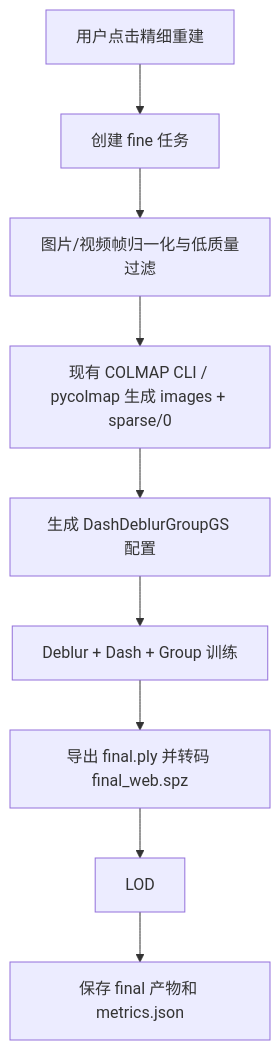
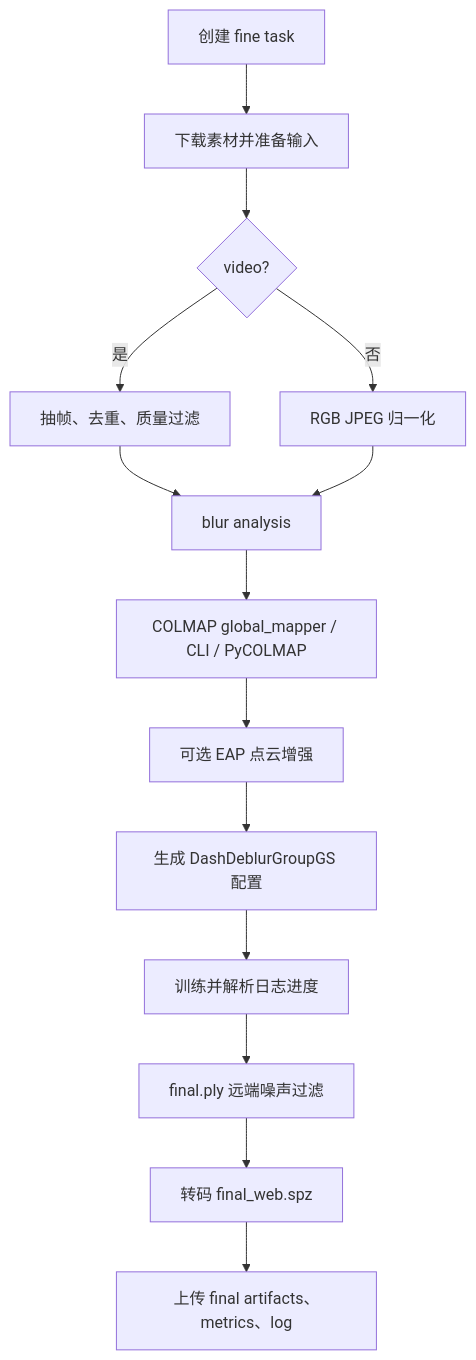
One commit to Braveliu66/3dgsbi changed the third of 3 diagrams in doc/03-workflows-state.md. Above: the diagram before and after it, drawn with Mermaid. The commit also changed other lines of this file and 27 other files, not shown here.

````diff
--- a/doc/03-workflows-state.md
+++ b/doc/03-workflows-state.md
@@ -66,11 +95,16 @@
 ```mermaid
 flowchart TD
-    Start["用户点击精细重建"] --> Queue["创建 fine 任务"]
-    Queue --> Input["图片/视频帧归一化与低质量过滤"]
-    Input --> Colmap["现有 COLMAP CLI / pycolmap 生成 images + sparse/0"]
-    Colmap --> Config["生成 DashDeblurGroupGS 配置"]
-    Config --> Train["Deblur + Dash + Group 训练"]
-    Train --> Export["导出 final.ply 并转码 final_web.spz"]
-    Export --> LOD
-    LOD --> Save["保存 final 产物和 metrics.json"]
+    Start["创建 fine task"] --> Input["下载素材并准备输入"]
+    Input --> Video{"video?"}
+    Video -->|是| Frames["抽帧、去重、质量过滤"]
+    Video -->|否| Images["RGB JPEG 归一化"]
+    Frames --> Blur["blur analysis"]
+    Images --> Blur
+    Blur --> SFM["COLMAP global_mapper / CLI / PyCOLMAP"]
+    SFM --> EAP["可选 EAP 点云增强"]
+    EAP --> Config["生成 DashDeblurGroupGS 配置"]
+    Config --> Train["训练并解析日志进度"]
+    Train --> Filter["final.ply 远端噪声过滤"]
+    Filter --> SPZ["转码 final_web.spz"]
+    SPZ --> Save["上传 final artifacts、metrics、log"]
 ```
````
